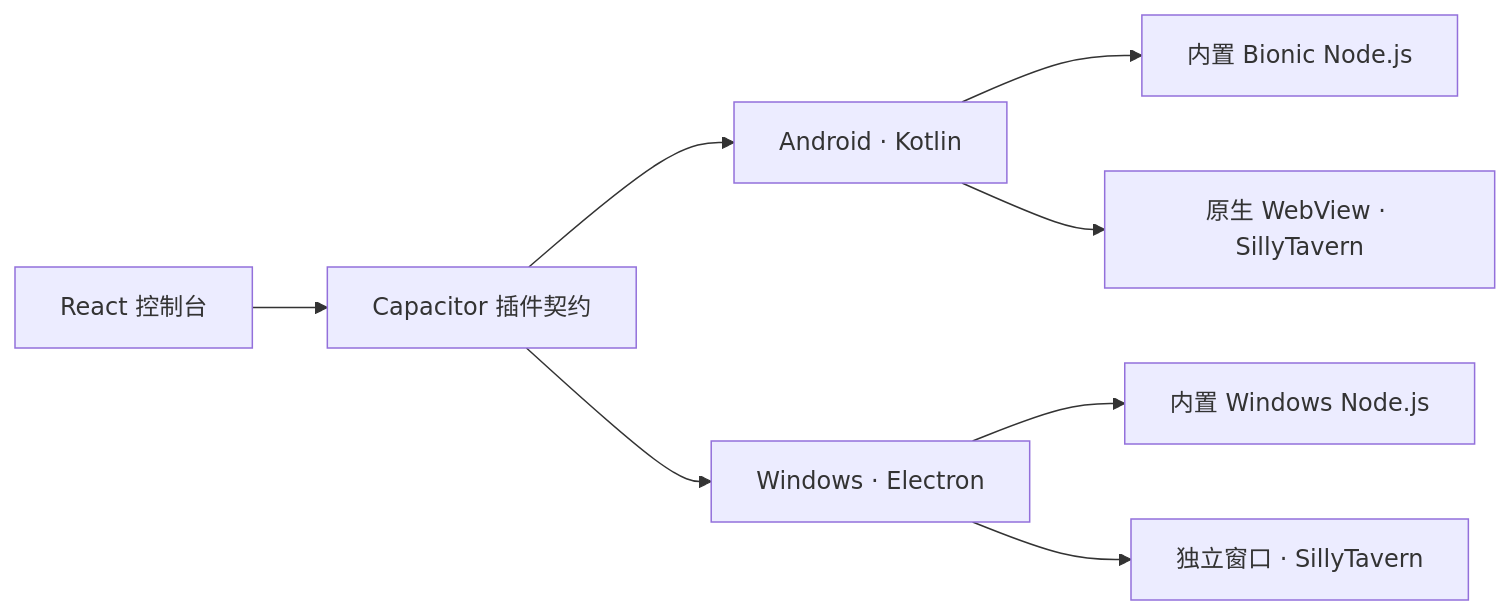
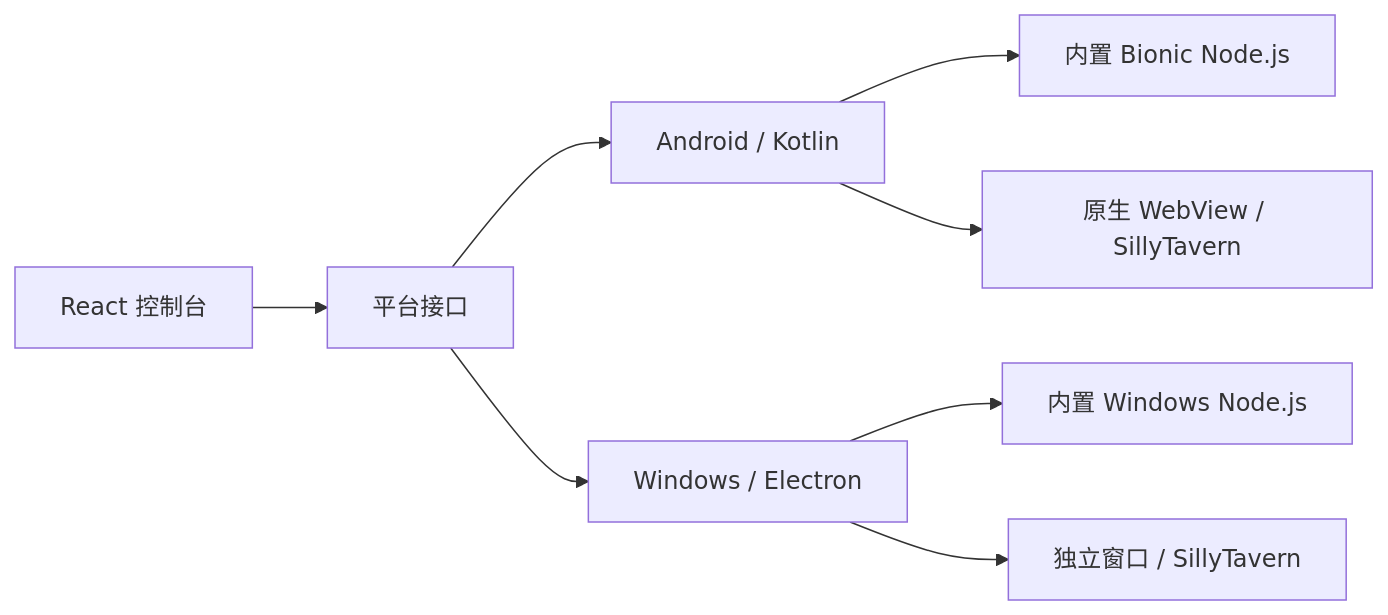
One commit to CAPTCHAAAAA/SillyClient changed the diagram in README.md. Above: the diagram before and after it, drawn with Mermaid. The commit also changed other lines of this file and 1 other file, not shown here.

````diff
--- a/README.md
+++ b/README.md
@@ -44,10 +39,10 @@
 ```mermaid
 flowchart LR
-    UI["React 控制台"] --> API["Capacitor 插件契约"]
-    API --> Android["Android · Kotlin"]
-    API --> Windows["Windows · Electron"]
+    UI["React 控制台"] --> API["平台接口"]
+    API --> Android["Android / Kotlin"]
+    API --> Windows["Windows / Electron"]
     Android --> ARuntime["内置 Bionic Node.js"]
     Windows --> WRuntime["内置 Windows Node.js"]
-    Android --> AView["原生 WebView · SillyTavern"]
-    Windows --> WView["独立窗口 · SillyTavern"]
+    Android --> AView["原生 WebView / SillyTavern"]
+    Windows --> WView["独立窗口 / SillyTavern"]
 ```
````
